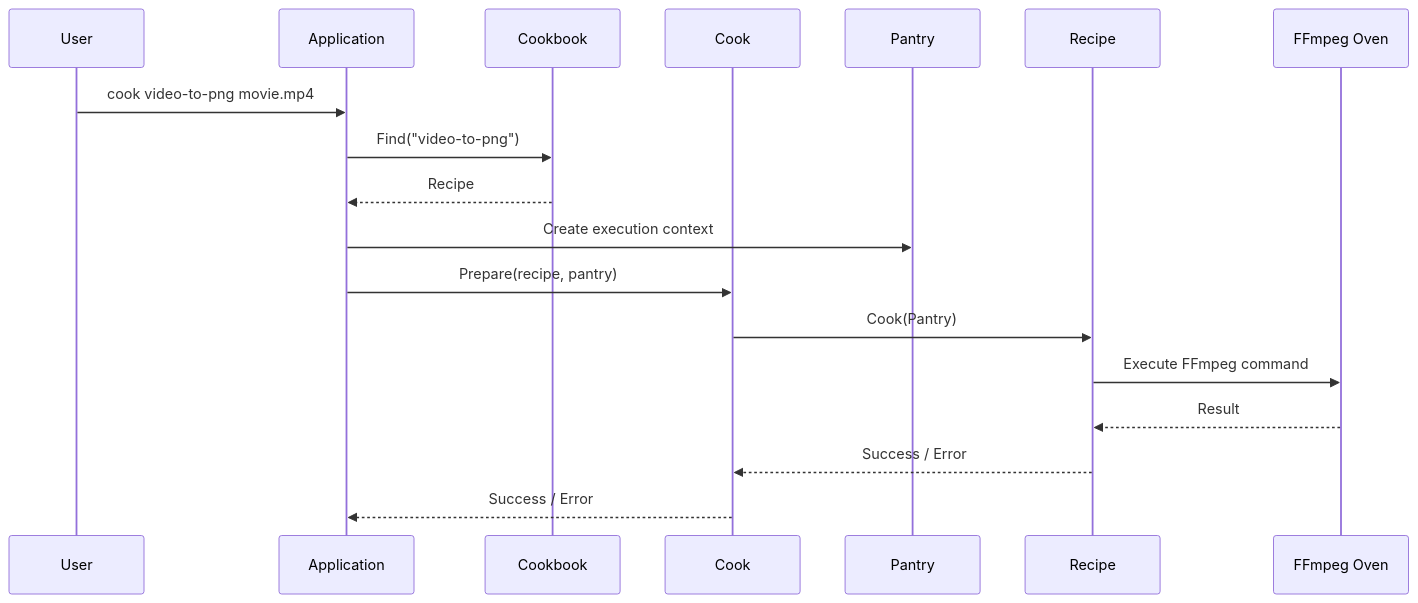
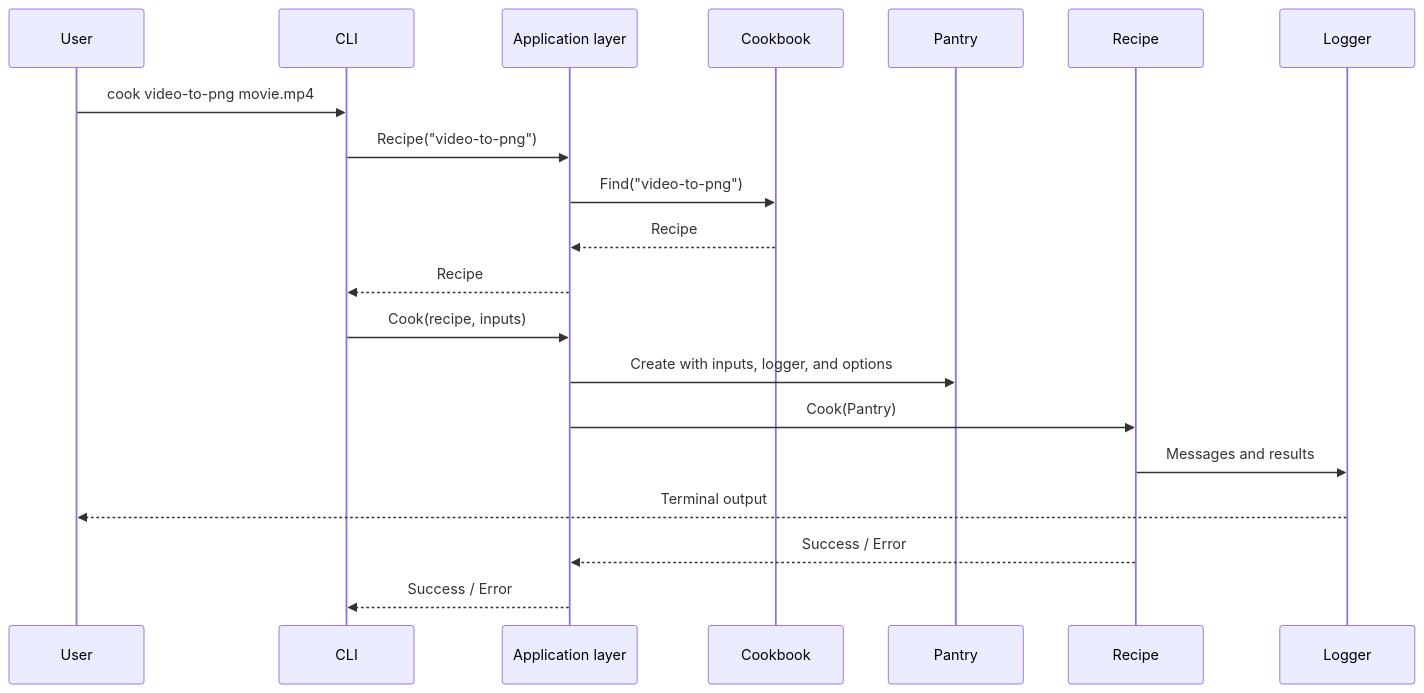
The second of 2 diagrams in docs/architecture.md (Lauloque/ffrecipes), drawn with Mermaid before and after one commit. The commit also changed other lines of this file and 4 other files, not shown here.

Commit message:
refactor(app): extract orchestration from the CLI

````diff
--- a/docs/architecture.md
+++ b/docs/architecture.md
@@ -47,25 +46,27 @@
 ```mermaid
 sequenceDiagram
     participant User
-    participant App as Application
+    participant CLI as CLI
+    participant App as Application layer
     participant Cookbook
-    participant Cook
     participant Pantry
     participant Recipe
-    participant Oven as FFmpeg Oven
+    participant Logger
 
-    User->>App: cook video-to-png movie.mp4
+    User->>CLI: cook video-to-png movie.mp4
 
+    CLI->>App: Recipe("video-to-png")
     App->>Cookbook: Find("video-to-png")
     Cookbook-->>App: Recipe
+    App-->>CLI: Recipe
 
-    App->>Pantry: Create execution context
-    App->>Cook: Prepare(recipe, pantry)
+    CLI->>App: Cook(recipe, inputs)
+    App->>Pantry: Create with inputs, logger, and options
+    App->>Recipe: Cook(Pantry)
 
-    Cook->>Recipe: Cook(Pantry)
-    Recipe->>Oven: Execute FFmpeg command
-    Oven-->>Recipe: Result
+    Recipe->>Logger: Messages and results
+    Logger-->>User: Terminal output
 
-    Recipe-->>Cook: Success / Error
-    Cook-->>App: Success / Error
+    Recipe-->>App: Success / Error
+    App-->>CLI: Success / Error
 ```
````
